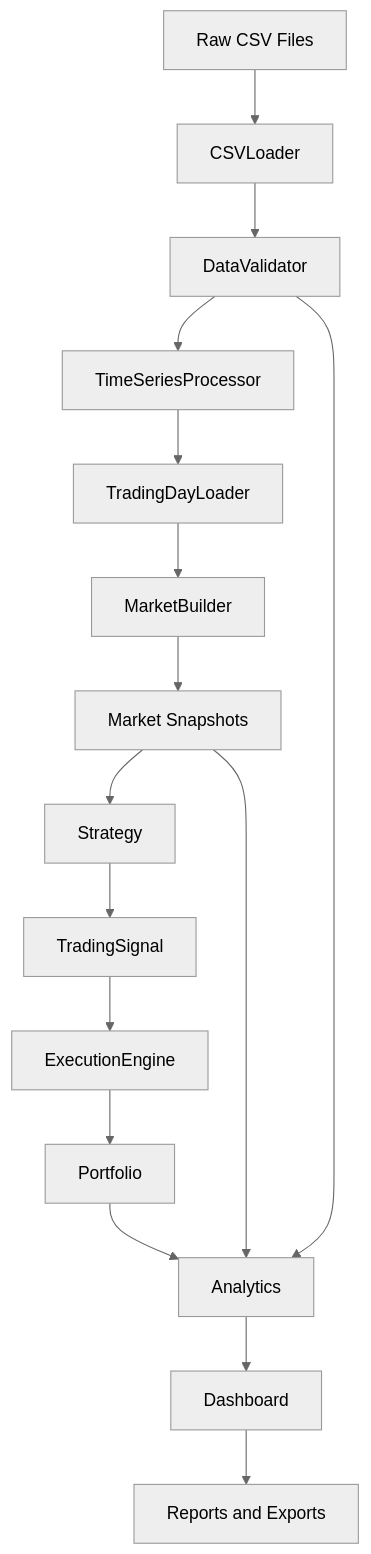
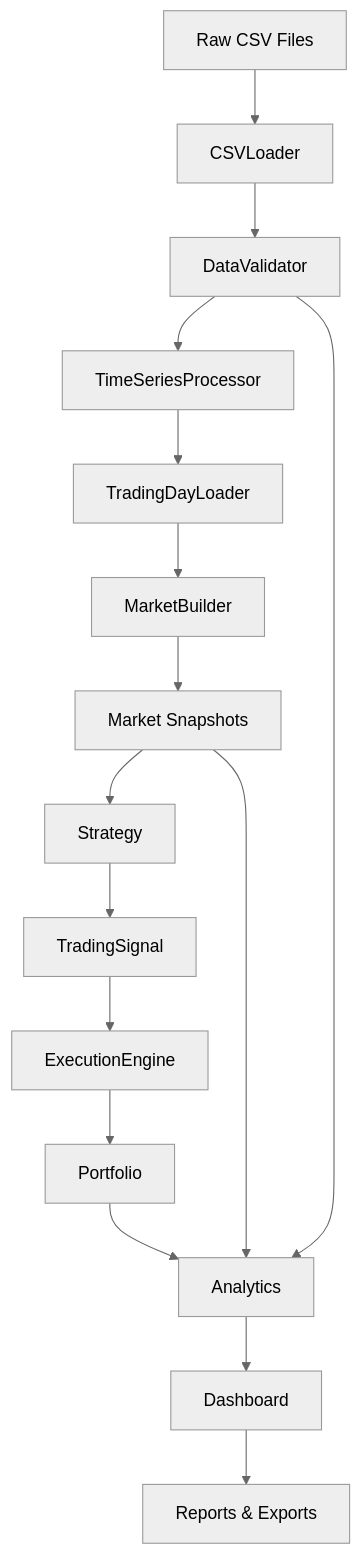
The diagram in README.md (Shardul0007/BackTester_And_Visualizer), drawn with Mermaid (neutral theme) before and after one commit. The commit also changed other lines of this file and 1418 other files, not shown here.

````diff
--- a/README.md
+++ b/README.md
@@ -38,23 +56,23 @@
 ```mermaid
 flowchart TD
     CSV[Raw CSV Files]
     Loader[CSVLoader]
     Validator[DataValidator]
     TimeSeries[TimeSeriesProcessor]
     DayLoader[TradingDayLoader]
     Builder[MarketBuilder]
     Market[Market Snapshots]
     Strategy[Strategy]
     Signal[TradingSignal]
     Execution[ExecutionEngine]
     Portfolio[Portfolio]
     Analytics[Analytics]
     Dashboard[Dashboard]
-    Reports[Reports and Exports]
+    Reports[Reports & Exports]
 
     CSV --> Loader --> Validator --> TimeSeries --> DayLoader --> Builder
     Builder --> Market --> Strategy --> Signal --> Execution --> Portfolio
     Portfolio --> Analytics --> Dashboard --> Reports
     Market --> Analytics
     Validator --> Analytics
 ```
````
